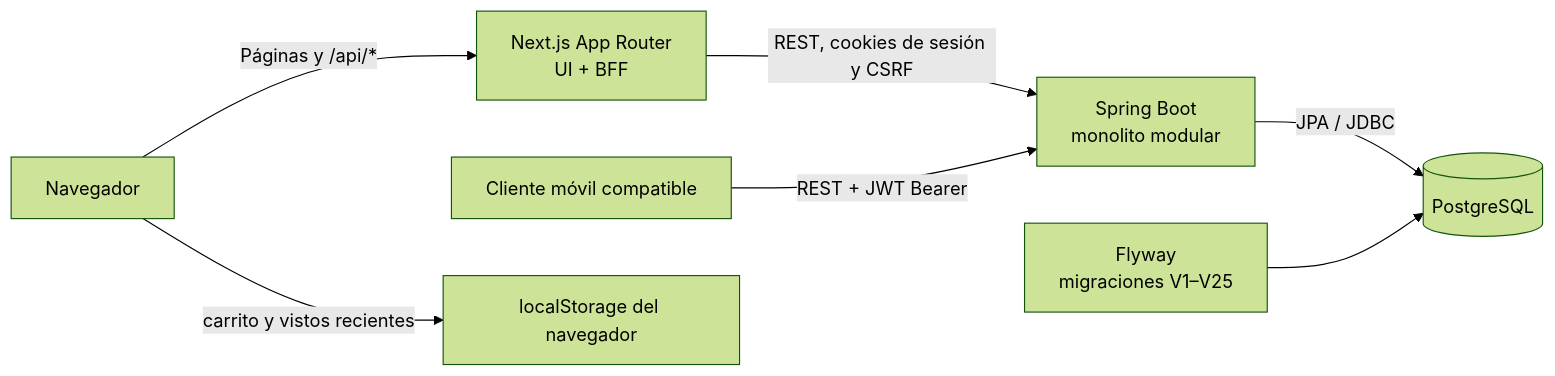
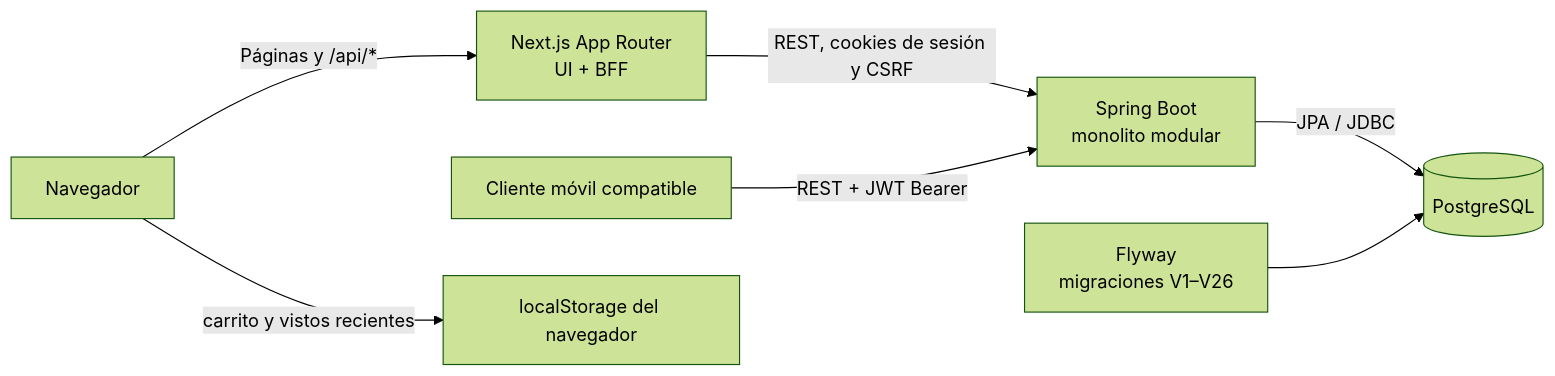
The diagram in docs/contexto-proyecto.md (EmirGutierrez/nexo-e-commerce), drawn with Mermaid (forest theme) before and after one commit. The commit also changed other lines of this file and 19 other files, not shown here.

````diff
--- a/docs/contexto-proyecto.md
+++ b/docs/contexto-proyecto.md
@@ -13,9 +13,9 @@
 ```mermaid
 flowchart LR
     Browser["Navegador"] -->|Páginas y /api/*| Next["Next.js App Router<br/>UI + BFF"]
     Next -->|REST, cookies de sesión y CSRF| Spring["Spring Boot<br/>monolito modular"]
     Mobile["Cliente móvil compatible"] -->|REST + JWT Bearer| Spring
     Spring -->|JPA / JDBC| PG[("PostgreSQL")]
-    Flyway["Flyway<br/>migraciones V1–V25"] --> PG
+    Flyway["Flyway<br/>migraciones V1–V26"] --> PG
     Browser -->|carrito y vistos recientes| Local["localStorage del navegador"]
 ```
````
